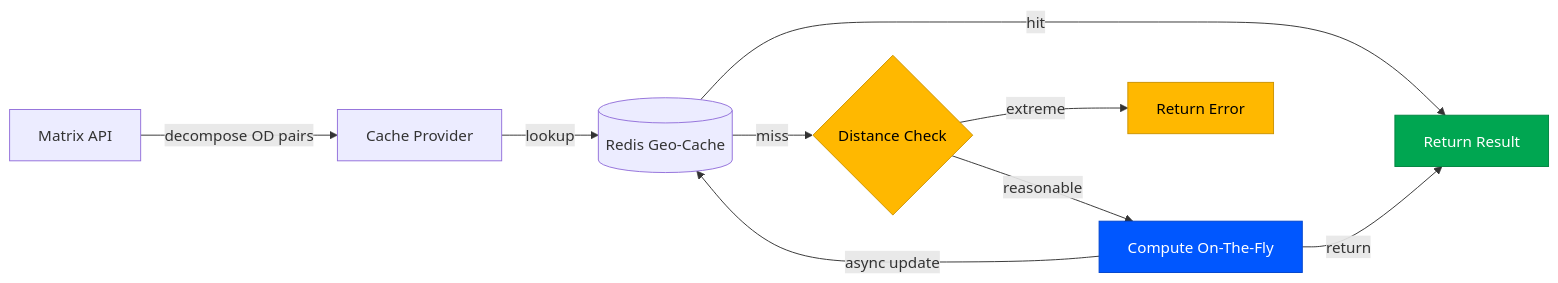
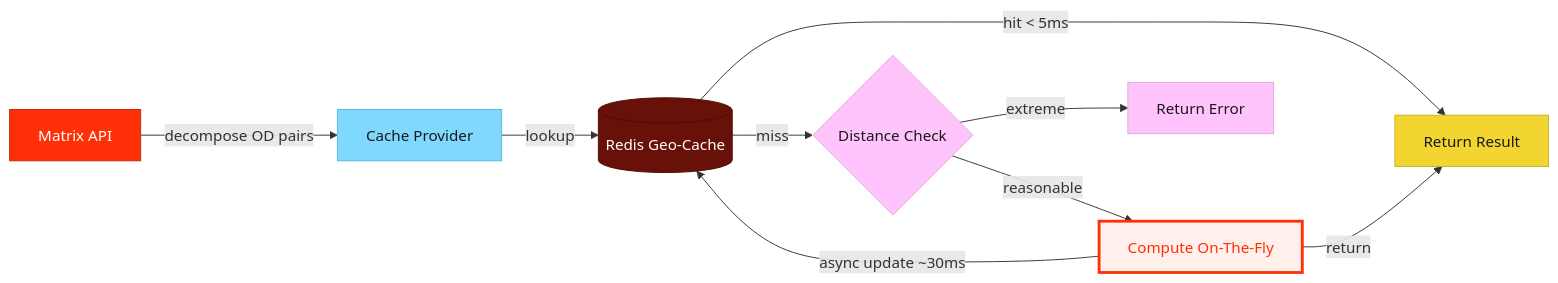
One commit to daniel-fonyo/dd-brain changed the diagram in rfc-guide/CLAUDE.md. Above: the diagram before and after it, drawn with Mermaid. The commit also changed other lines of this file, not shown here.

First line of the commit message:
Update mermaid guide with DoorDash Spark brand colors from PDF

````diff
--- a/rfc-guide/CLAUDE.md
+++ b/rfc-guide/CLAUDE.md
@@ -104,15 +135,18 @@
 ```mermaid
 flowchart LR
-    A[Matrix API] -->|decompose OD pairs| B[Cache Provider]
-    B -->|lookup| C[(Redis Geo-Cache)]
-    C -->|hit| D[Return Result]:::success
-    C -->|miss| E{Distance Check}:::warning
-    E -->|extreme| F[Return Error]:::warning
-    E -->|reasonable| G[Compute On-The-Fly]:::accent
-    G -->|async update| C
+    A[Matrix API]:::hero -->|decompose OD pairs| B[Cache Provider]:::proposed
+    B -->|lookup| C[(Redis Geo-Cache)]:::existing
+    C -->|hit < 5ms| D[Return Result]:::happy
+    C -->|miss| E{Distance Check}:::degraded
+    E -->|extreme| F[Return Error]:::degraded
+    E -->|reasonable| G[Compute On-The-Fly]:::aha
+    G -->|async update ~30ms| C
     G -->|return| D
 
-    classDef success fill:#00A651,stroke:#008541,color:#FFFFFF
-    classDef warning fill:#FFB800,stroke:#CC9300,color:#000000
-    classDef accent fill:#0057FF,stroke:#0044CC,color:#FFFFFF
+    classDef hero fill:#FF3008,stroke:#CC2606,color:#FFFFFF
+    classDef existing fill:#681109,stroke:#4A0C06,color:#FFFFFF
+    classDef proposed fill:#80D8FF,stroke:#5AB8E0,color:#191919
+    classDef happy fill:#F2D531,stroke:#C9B028,color:#191919
+    classDef degraded fill:#FFC4FC,stroke:#E0A8DC,color:#191919
+    classDef aha fill:#FFF0EB,stroke:#FF3008,color:#FF3008,stroke-width:3px
 ```
````
